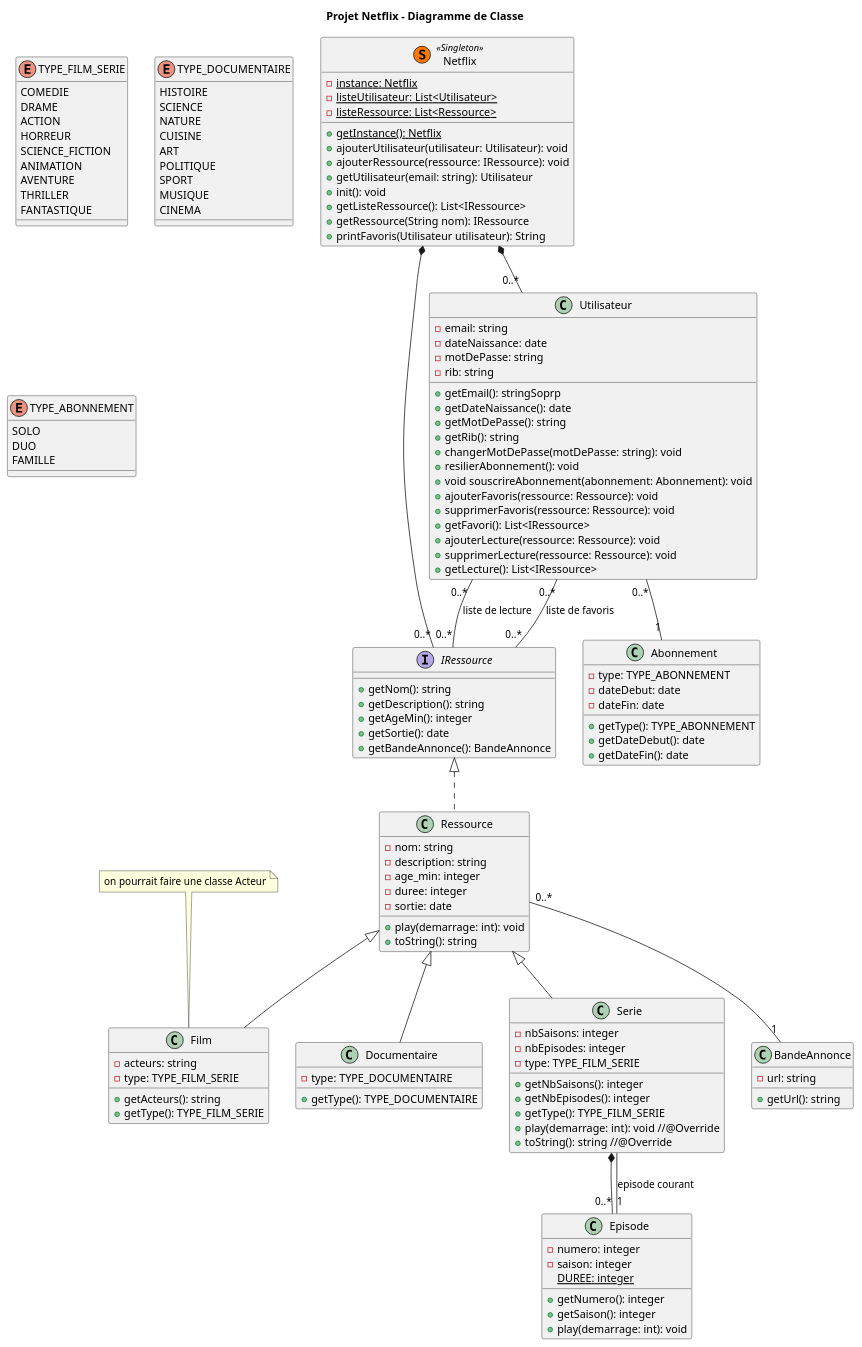
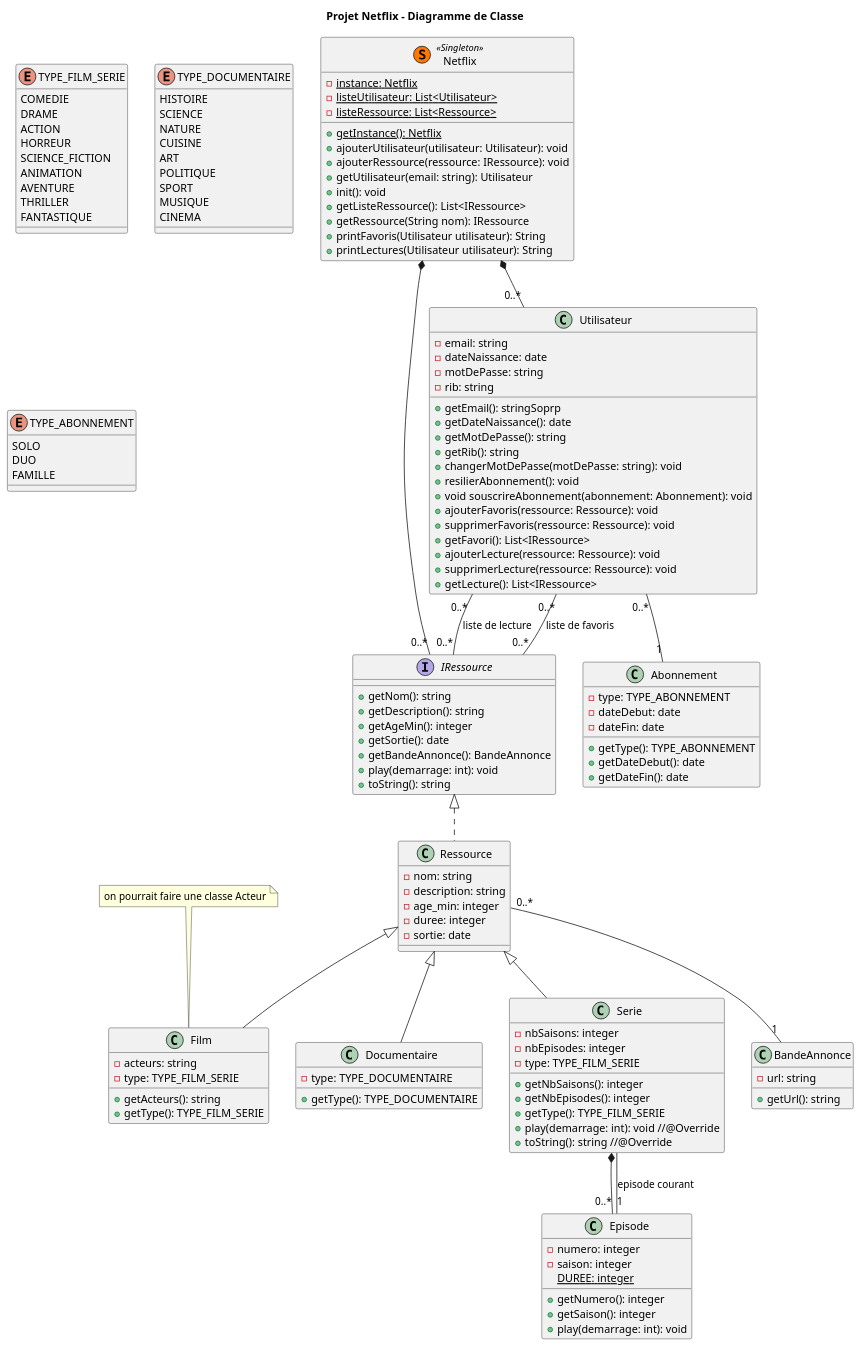
The diagram in diagramme.puml (tigrou23/Netflix_JAVA), drawn with PlantUML before and after one commit. The commit also changed 4 other files, not shown here.

```diff
--- a/diagramme.puml
+++ b/diagramme.puml
@@ -1,161 +1,162 @@
 @startuml
 
 title Projet Netflix - Diagramme de Classe
 
 class Netflix << (S,#FF7700) Singleton >>{
     {static} - instance: Netflix
     {static} - listeUtilisateur: List<Utilisateur>
     {static} - listeRessource: List<Ressource>
     {static} + getInstance(): Netflix
     + ajouterUtilisateur(utilisateur: Utilisateur): void
     + ajouterRessource(ressource: IRessource): void
     + getUtilisateur(email: string): Utilisateur
     + init(): void
     + getListeRessource(): List<IRessource>
     + getRessource(String nom): IRessource
     + printFavoris(Utilisateur utilisateur): String
+    + printLectures(Utilisateur utilisateur): String
 }
 
 Netflix *-- "0..*" Utilisateur
 Netflix *-- "0..*" IRessource
 
 /'
 ---- Définition des Ressources ----
 '/
 
 enum TYPE_FILM_SERIE {
     COMEDIE
     DRAME
     ACTION
     HORREUR
     SCIENCE_FICTION
     ANIMATION
     AVENTURE
     THRILLER
     FANTASTIQUE
 }
 
 enum TYPE_DOCUMENTAIRE{
     HISTOIRE
     SCIENCE
     NATURE
     CUISINE
     ART
     POLITIQUE
     SPORT
     MUSIQUE
     CINEMA
 }
 
 class BandeAnnonce{
     - url: string
     + getUrl(): string
 }
 
 interface IRessource{
     + getNom(): string
     + getDescription(): string
     + getAgeMin(): integer
     + getSortie(): date
     + getBandeAnnonce(): BandeAnnonce
+    + play(demarrage: int): void
+    + toString(): string
 }
 
 note "on pourrait faire une classe Acteur" as acteur
 acteur .. Film
 
 abstract Ressource {
     - nom: string
     - description: string
     - age_min: integer
     - duree: integer
     - sortie: date
-    + play(demarrage: int): void
-    + toString(): string
 }
 
 Ressource "0..*" -- "1" BandeAnnonce
 class Ressource implements IRessource
 
 class Film{
     - acteurs: string
     - type: TYPE_FILM_SERIE
     + getActeurs(): string
     + getType(): TYPE_FILM_SERIE
 }
 
 class Documentaire{
     - type: TYPE_DOCUMENTAIRE
     + getType(): TYPE_DOCUMENTAIRE
 }
 
 class Serie{
     - nbSaisons: integer
     - nbEpisodes: integer
     - type: TYPE_FILM_SERIE
     + getNbSaisons(): integer
     + getNbEpisodes(): integer
     + getType(): TYPE_FILM_SERIE
     + play(demarrage: int): void //@Override
     + toString(): string //@Override
 }
 
 class Episode{
     - numero: integer
     - saison: integer
     {static} DUREE: integer
     + getNumero(): integer
     + getSaison(): integer
     + play(demarrage: int): void
 }
 
 Serie *-- "0..*" Episode
 Serie -- "1" Episode : "episode courant"
 
 class Film extends Ressource
 class Documentaire extends Ressource
 class Serie extends Ressource
 
 /'
 ---- Définition des Utilisateurs ----
 '/
 
 enum TYPE_ABONNEMENT{
     SOLO
     DUO
     FAMILLE
 }
 
 class Abonnement{
     - type: TYPE_ABONNEMENT
     - dateDebut: date
     - dateFin: date
     + getType(): TYPE_ABONNEMENT
     + getDateDebut(): date
     + getDateFin(): date
 }
 
 class Utilisateur{
     - email: string
     - dateNaissance: date
     - motDePasse: string
     - rib: string
     + getEmail(): stringSoprp
     + getDateNaissance(): date
     + getMotDePasse(): string
     + getRib(): string
     + changerMotDePasse(motDePasse: string): void
     + resilierAbonnement(): void
     + void souscrireAbonnement(abonnement: Abonnement): void
     + ajouterFavoris(ressource: Ressource): void
     + supprimerFavoris(ressource: Ressource): void
     + getFavori(): List<IRessource>
     + ajouterLecture(ressource: Ressource): void
     + supprimerLecture(ressource: Ressource): void
     + getLecture(): List<IRessource>
 }
 
 Utilisateur "0..*" -- "0..*" IRessource : "liste de favoris"
 Utilisateur "0..*" -- "0..*" IRessource : "liste de lecture"
 Utilisateur "0..*" -- "1" Abonnement
 
 @enduml
```
